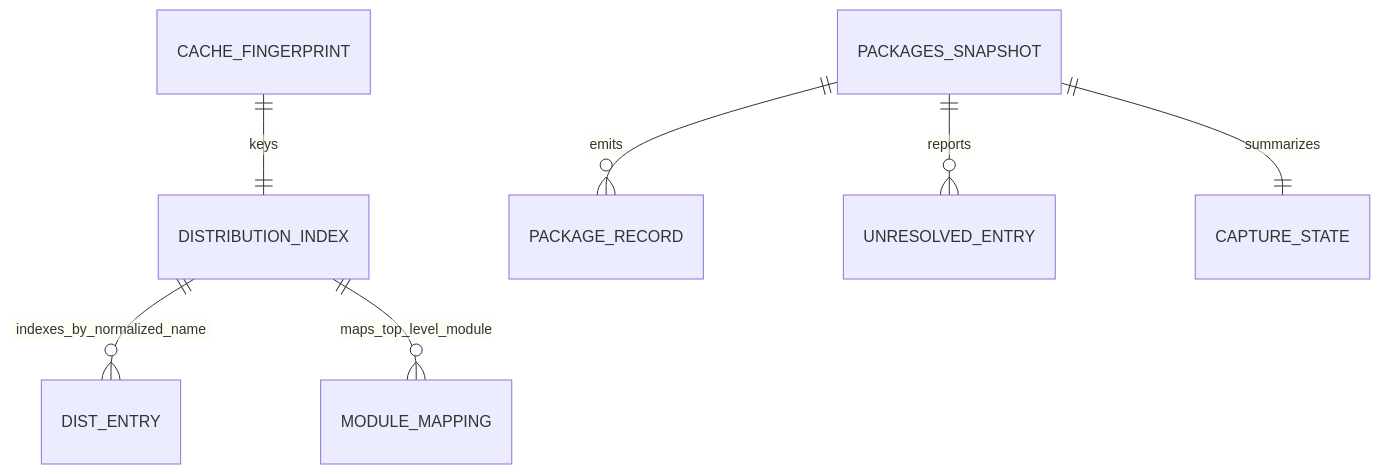
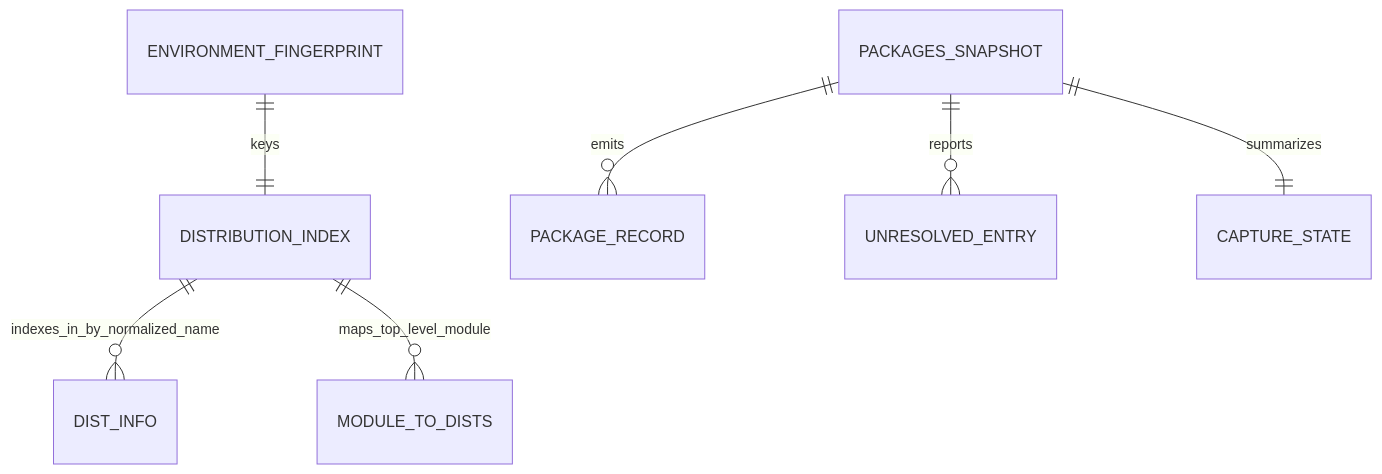
Before and after one commit to fariello/pubrun: the second of 2 diagrams in .aw/records/plans/pending/20261121-dep-capture-01-uil22c-distribution-identity-resolution-caching-and-module-edge-cas.ipd.md, drawn with Mermaid. The commit also changed other lines of this file and 1 other file, not shown here.

````diff
--- a/.aw/records/plans/pending/20261121-dep-capture-01-uil22c-distribution-identity-resolution-caching-and-module-edge-cas.ipd.md
+++ b/.aw/records/plans/pending/20261121-dep-capture-01-uil22c-distribution-identity-resolution-caching-and-module-edge-cas.ipd.md
@@ -57,9 +61,9 @@
 ```mermaid
 erDiagram
-    CACHE_FINGERPRINT ||--|| DISTRIBUTION_INDEX : keys
-    DISTRIBUTION_INDEX ||--o{ DIST_ENTRY : indexes_by_normalized_name
-    DISTRIBUTION_INDEX ||--o{ MODULE_MAPPING : maps_top_level_module
+    ENVIRONMENT_FINGERPRINT ||--|| DISTRIBUTION_INDEX : keys
+    DISTRIBUTION_INDEX ||--o{ DIST_INFO : indexes_in_by_normalized_name
+    DISTRIBUTION_INDEX ||--o{ MODULE_TO_DISTS : maps_top_level_module
     PACKAGES_SNAPSHOT ||--o{ PACKAGE_RECORD : emits
     PACKAGES_SNAPSHOT ||--o{ UNRESOLVED_ENTRY : reports
     PACKAGES_SNAPSHOT ||--|| CAPTURE_STATE : summarizes
 ```
````
